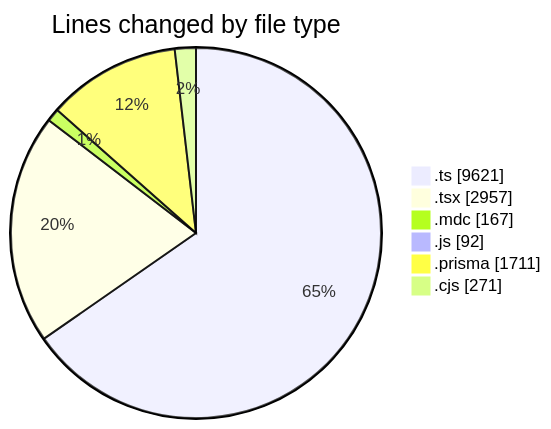
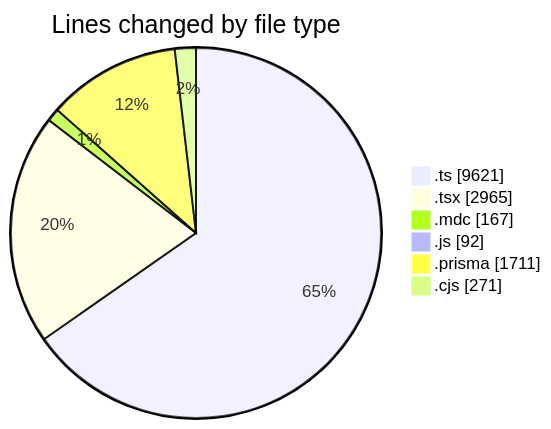
One commit to CELIANVF/code-tracking changed the first of 2 diagrams in 2025-06-06/ecodeli-1/README.md. Above: the diagram before and after it, drawn with Mermaid. The commit also changed other lines of this file and 1 other file, not shown here.

````diff
--- a/2025-06-06/ecodeli-1/README.md
+++ b/2025-06-06/ecodeli-1/README.md
@@ -57,10 +57,10 @@
 ```mermaid
 pie showData
 title Lines changed by file type
 ".ts" : 9621
-".tsx" : 2957
+".tsx" : 2965
 ".mdc" : 167
 ".js" : 92
 ".prisma" : 1711
 ".cjs" : 271
 ```
````
